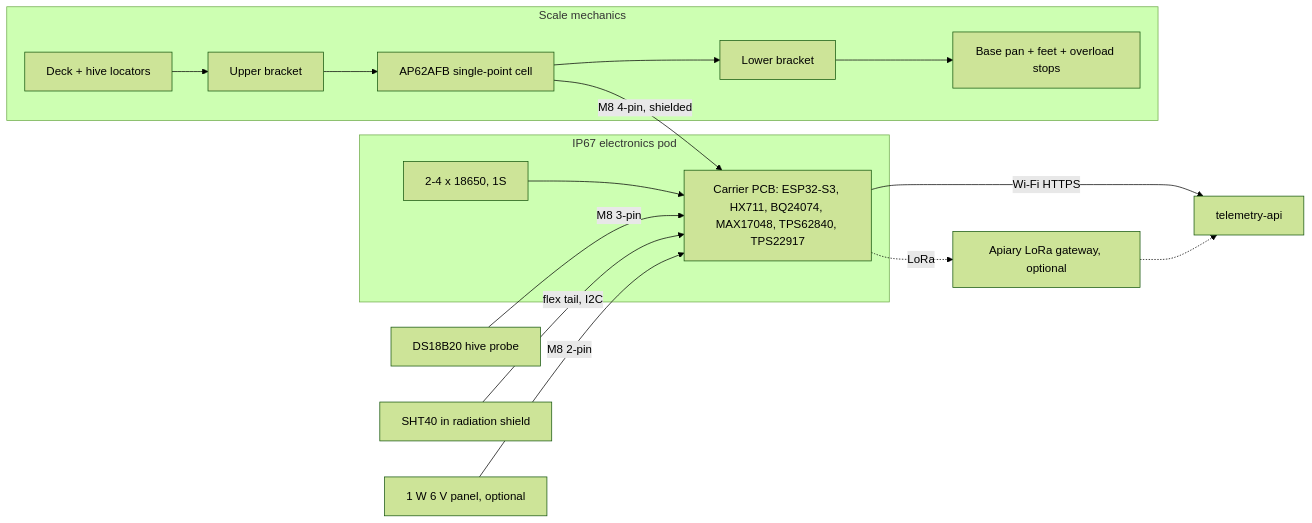
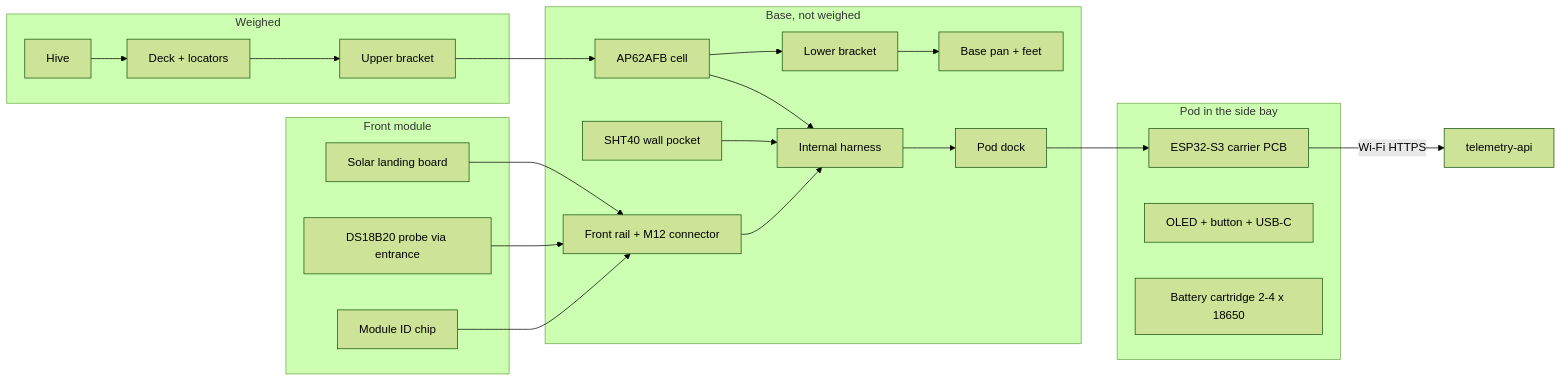
The diagram in content/docs/beehive-sensors/product-description.md (Gratheon/website2), drawn with Mermaid (forest theme) before and after one commit. The commit also changed other lines of this file and 13 other files, not shown here.

First line of the commit message:
Update beehive scale docs for the wood case and modular solar

````diff
--- a/content/docs/beehive-sensors/product-description.md
+++ b/content/docs/beehive-sensors/product-description.md
@@ -30,30 +38,31 @@
 ```mermaid
 flowchart LR
-    subgraph Scale[Scale mechanics]
-        deck[Deck + hive locators]
-        top[Upper bracket]
-        cell[AP62AFB single-point cell]
-        low[Lower bracket]
-        base[Base pan + feet + overload stops]
-        deck --> top --> cell --> low --> base
+    subgraph Weighed[Weighed]
+        hive[Hive] --> deck[Deck + locators] --> top[Upper bracket]
     end
-
-    subgraph Pod[IP67 electronics pod]
-        pcb[Carrier PCB: ESP32-S3, HX711, BQ24074, MAX17048, TPS62840, TPS22917]
-        cells[2-4 x 18650, 1S]
-        cells --> pcb
+    subgraph Base[Base, not weighed]
+        cell[AP62AFB cell] --> low[Lower bracket] --> pan[Base pan + feet]
+        harness[Internal harness]
+        dock[Pod dock]
+        rail[Front rail + M12 connector]
+        sht[SHT40 wall pocket]
     end
-
-    probe[DS18B20 hive probe]
-    sht[SHT40 in radiation shield]
-    solar[1 W 6 V panel, optional]
-    telemetry[telemetry-api]
-    gateway[Apiary LoRa gateway, optional]
-
-    cell -- M8 4-pin, shielded --> pcb
-    probe -- M8 3-pin --> pcb
-    sht -- flex tail, I2C --> pcb
-    solar -- M8 2-pin --> pcb
-    pcb -- Wi-Fi HTTPS --> telemetry
-    pcb -. LoRa .-> gateway -.-> telemetry
+    top --> cell
+    subgraph Pod[Pod in the side bay]
+        pcb[ESP32-S3 carrier PCB]
+        face[OLED + button + USB-C]
+        cart[Battery cartridge 2-4 x 18650]
+    end
+    subgraph Front[Front module]
+        board[Solar landing board]
+        probe[DS18B20 probe via entrance]
+        id[Module ID chip]
+    end
+    cell --> harness
+    sht --> harness
+    rail --> harness --> dock --> pcb
+    board --> rail
+    probe --> rail
+    id --> rail
+    pcb -- Wi-Fi HTTPS --> telemetry[telemetry-api]
 ```
````
